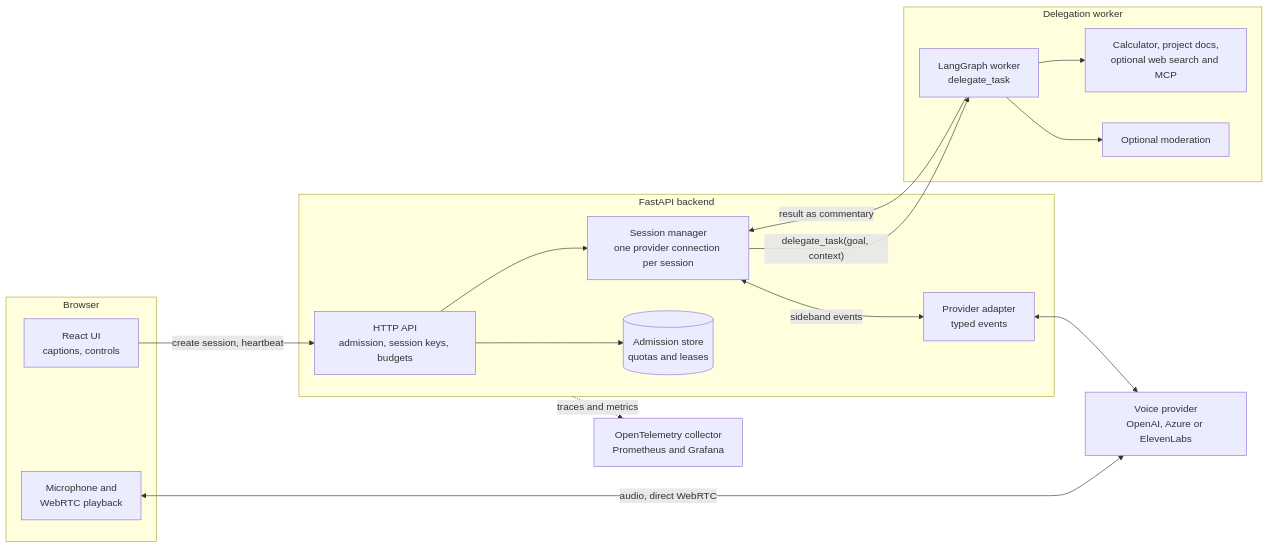
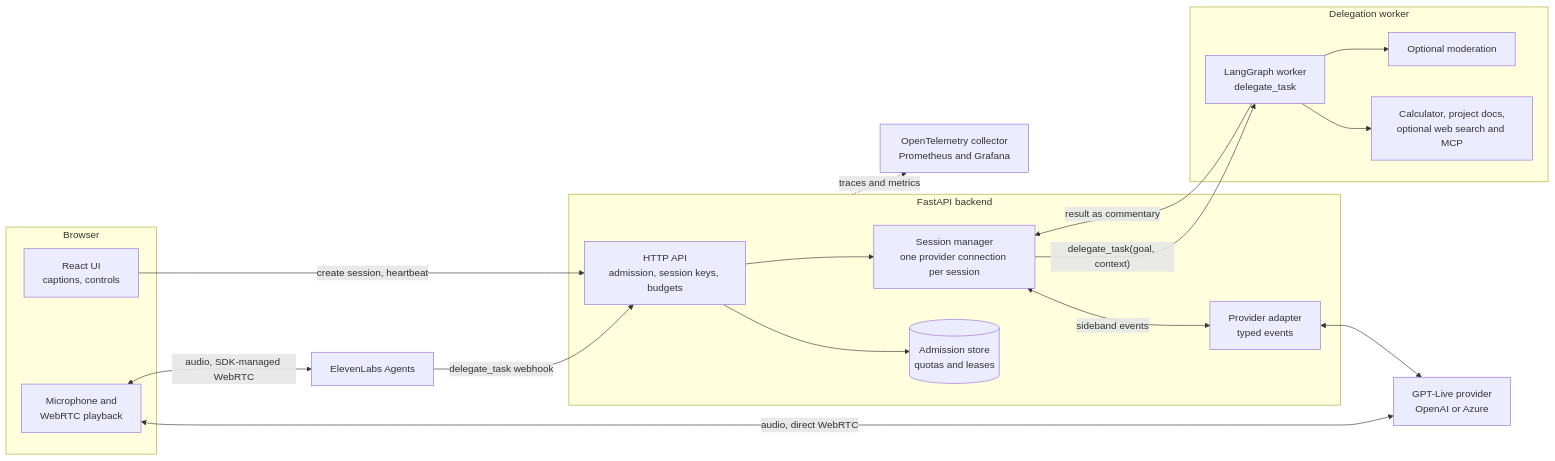
The first of 5 diagrams in docs/architecture.md (savbiz/voice-delegate), drawn with Mermaid before and after one commit. The commit also changed other lines of this file and 2 other files, not shown here.

Commit message:
Correct the provider paths and the provenance scope in the docs

````diff
--- a/docs/architecture.md
+++ b/docs/architecture.md
@@ -15,32 +15,35 @@
 ```mermaid
 flowchart LR
     subgraph Browser
         UI["React UI<br/>captions, controls"]
         Media["Microphone and<br/>WebRTC playback"]
     end
     subgraph API["FastAPI backend"]
         Routes["HTTP API<br/>admission, session keys, budgets"]
         Manager["Session manager<br/>one provider connection per session"]
         Adapter["Provider adapter<br/>typed events"]
         Store[("Admission store<br/>quotas and leases")]
     end
-    Provider["Voice provider<br/>OpenAI, Azure or ElevenLabs"]
+    Provider["GPT-Live provider<br/>OpenAI or Azure"]
+    Agents["ElevenLabs Agents"]
     subgraph Worker["Delegation worker"]
         Graph["LangGraph worker<br/>delegate_task"]
         Tools["Calculator, project docs,<br/>optional web search and MCP"]
         Guard["Optional moderation"]
     end
     Telemetry["OpenTelemetry collector<br/>Prometheus and Grafana"]
 
     UI -->|"create session, heartbeat"| Routes
     Routes --> Store
     Routes --> Manager
     Media <-->|"audio, direct WebRTC"| Provider
+    Media <-->|"audio, SDK-managed WebRTC"| Agents
     Manager <-->|"sideband events"| Adapter
     Adapter <--> Provider
+    Agents -->|"delegate_task webhook"| Routes
     Manager -->|"delegate_task(goal, context)"| Graph
     Graph --> Tools
     Graph --> Guard
     Graph -->|"result as commentary"| Manager
     API -.->|"traces and metrics"| Telemetry
 ```
````
